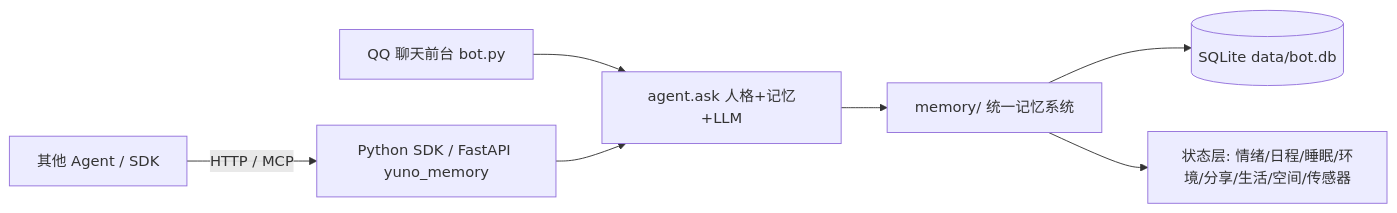
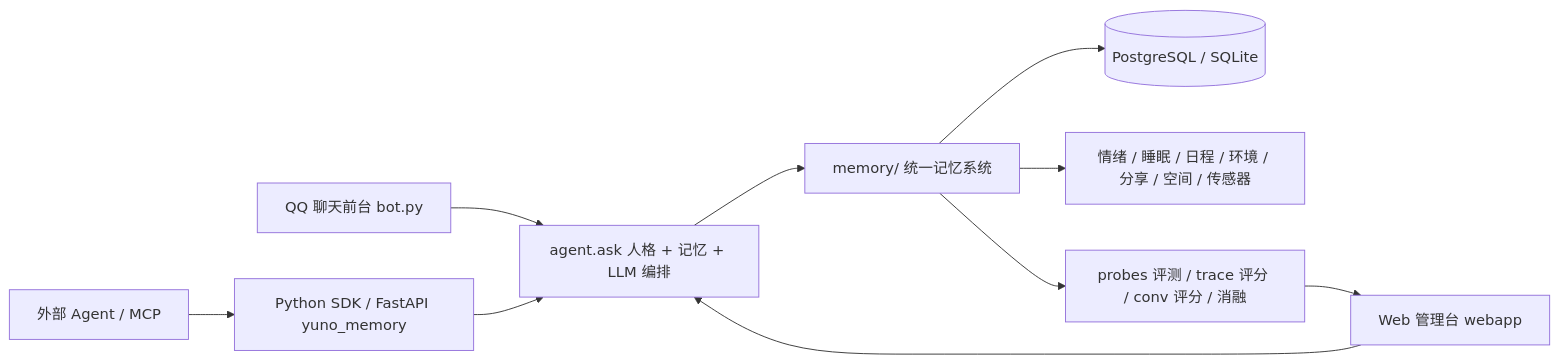
One commit to sty84/yuno-qq-bot changed the first of 3 diagrams in README.md. Above: the diagram before and after it, drawn with Mermaid. The commit also changed other lines of this file and 21 other files, not shown here.

````diff
--- a/README.md
+++ b/README.md
@@ -30,9 +23,12 @@
 ```mermaid
 flowchart LR
-    QQ[QQ 聊天前台 bot.py] --> AG[agent.ask 人格+记忆+LLM]
+    QQ[QQ 聊天前台 bot.py] --> AG[agent.ask 人格 + 记忆 + LLM 编排]
+    WEB[Web 管理台 webapp] --> AG
     SDK[Python SDK / FastAPI yuno_memory] --> AG
-    EXT[其他 Agent / SDK] -->|HTTP / MCP| SDK
+    MCP[外部 Agent / MCP] --> SDK
     AG --> MEM[memory/ 统一记忆系统]
-    MEM --> DB[(SQLite data/bot.db)]
-    MEM --> ST[状态层: 情绪/日程/睡眠/环境/分享/生活/空间/传感器]
+    MEM --> DB[(PostgreSQL / SQLite)]
+    MEM --> STATE[情绪 / 睡眠 / 日程 / 环境 / 分享 / 空间 / 传感器]
+    MEM --> EVAL[probes 评测 / trace 评分 / conv 评分 / 消融]
+    EVAL --> WEB
 ```
````
